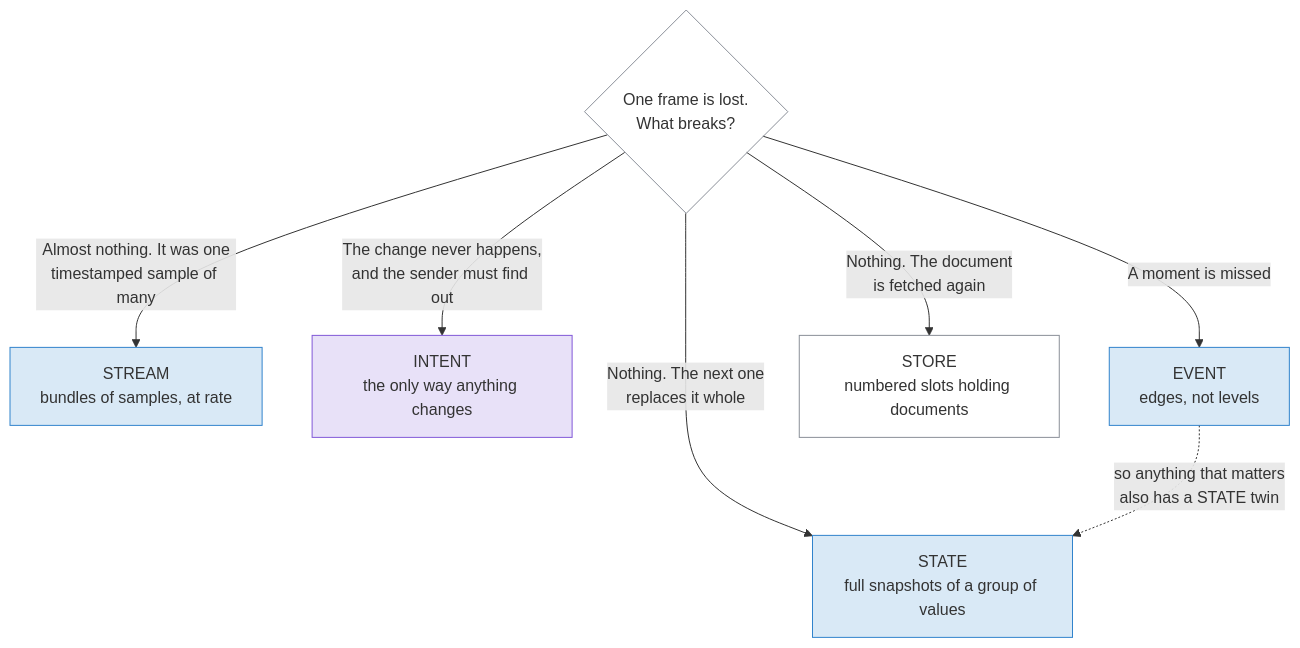
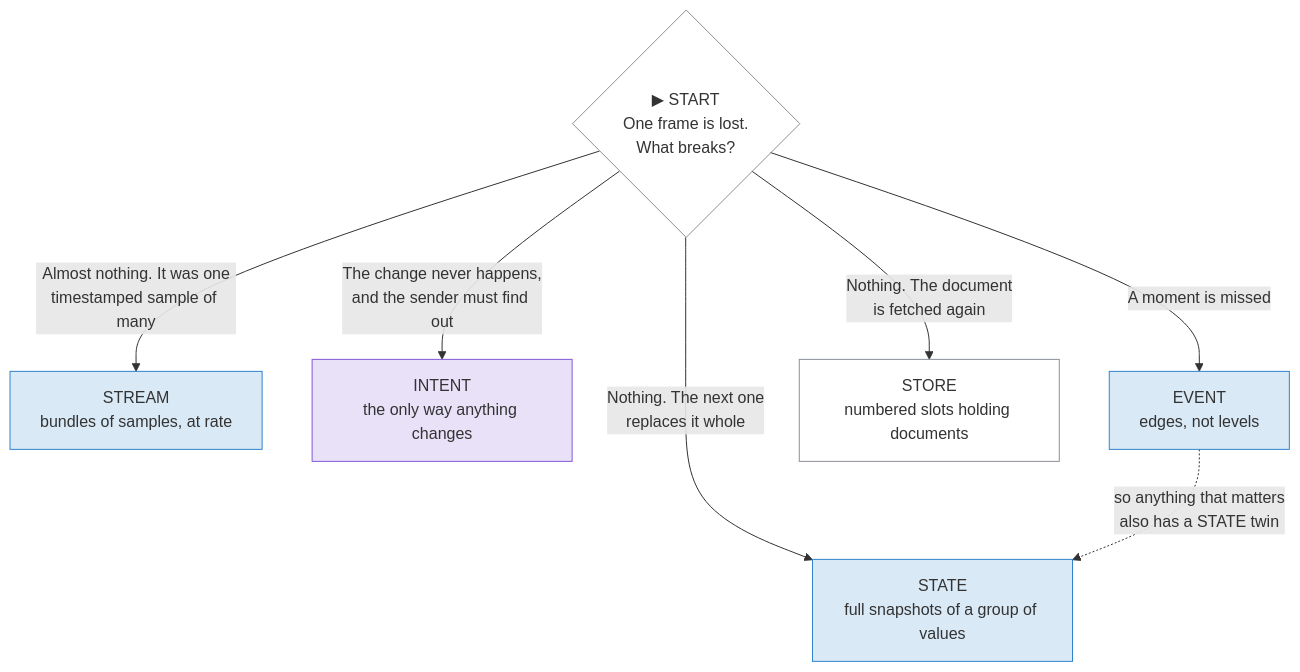
One commit to AtlanticTM/SlopDrive-32 changed the second of 7 diagrams in docs-site/docs/understand/how-it-works.md. Above: the diagram before and after it, drawn with Mermaid. The commit also changed other lines of this file and 64 other files, not shown here.

````diff
--- a/docs-site/docs/understand/how-it-works.md
+++ b/docs-site/docs/understand/how-it-works.md
@@ -84,17 +85,17 @@
 ```mermaid
 flowchart TD
-    Q{"One frame is lost.<br/>What breaks?"}:::party
+    Q{"▶ START<br/>One frame is lost.<br/>What breaks?"}:::party
 
     Q -->|"Nothing. The next one<br/>replaces it whole"| S["STATE<br/>full snapshots of a group of values"]:::truth
     Q -->|"Almost nothing. It was one<br/>timestamped sample of many"| ST["STREAM<br/>bundles of samples, at rate"]:::truth
     Q -->|"The change never happens,<br/>and the sender must find out"| I["INTENT<br/>the only way anything changes"]:::wish
     Q -->|"A moment is missed"| E["EVENT<br/>edges, not levels"]:::truth
     Q -->|"Nothing. The document<br/>is fetched again"| B["STORE<br/>numbered slots holding documents"]:::store
 
     E -.->|"so anything that matters<br/>also has a STATE twin"| S
 
     classDef truth fill:#3183cc2e,stroke:#3183cc
     classDef wish fill:#8158d82e,stroke:#8158d8
     classDef store fill:none,stroke:#8a8f98
     classDef party fill:none,stroke:#8a8f98
 ```
````
